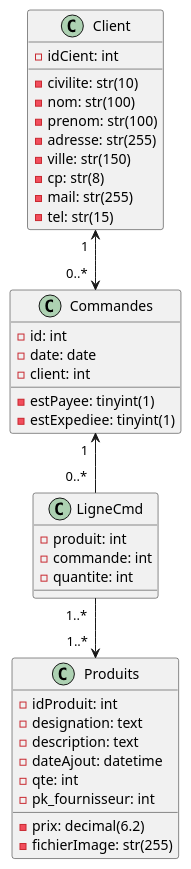
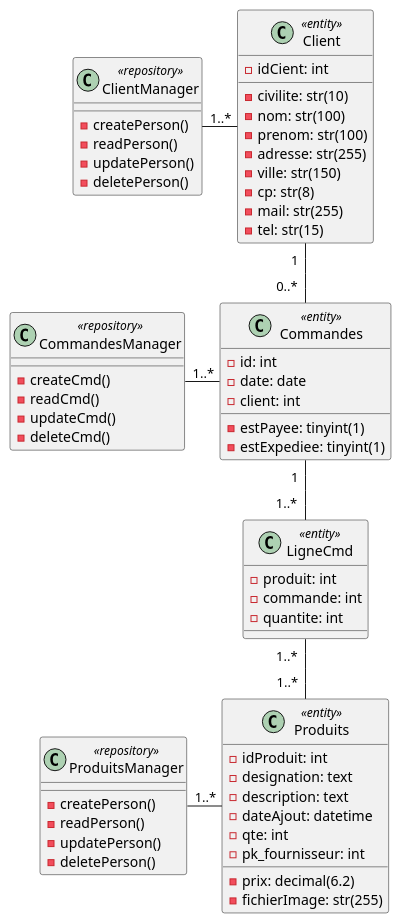
One commit to NathanDMT/CS-Project changed the diagram in Diagram.puml. Above: the diagram before and after it, drawn with PlantUML.

Commit message:
Update du Diagram : ajout des Managers

```diff
--- a/Diagram.puml
+++ b/Diagram.puml
@@ -1,42 +1,68 @@
 @startuml
-class Client {
-- idCient: int
-- civilite: str(10)
-- nom: str(100)
-- prenom: str(100)
-- adresse: str(255)
-- ville: str(150)
-- cp: str(8)
-- mail: str(255)
-- tel: str(15)
+class Client <<entity>> {
+    - idCient: int
+    - civilite: str(10)
+    - nom: str(100)
+    - prenom: str(100)
+    - adresse: str(255)
+    - ville: str(150)
+    - cp: str(8)
+    - mail: str(255)
+    - tel: str(15)
 }
 
-class Commandes {
-- id: int
-- date: date
-- estPayee: tinyint(1)
-- estExpediee: tinyint(1)
-- client: int
+class ClientManager <<repository>> {
+    - createPerson()
+    - readPerson()
+    - updatePerson()
+    - deletePerson()
 }
 
-class LigneCmd {
-- produit: int
-- commande: int
-- quantite: int
+class Commandes <<entity>> {
+    - id: int
+    - date: date
+    - estPayee: tinyint(1)
+    - estExpediee: tinyint(1)
+    - client: int
 }
 
-class Produits {
-- idProduit: int
-- designation: text
-- description: text
-- dateAjout: datetime
-- qte: int
-- prix: decimal(6.2)
-- fichierImage: str(255)
-- pk_fournisseur: int
+class CommandesManager <<repository>> {
+    - createCmd()
+    - readCmd()
+    - updateCmd()
+    - deleteCmd()
 }
 
-Client "1  " <--> "0..*  " Commandes
-Commandes "1  " <-- "0..*  " LigneCmd
-LigneCmd "1..*  " --> "1..*  " Produits
+class LigneCmd <<entity>> {
+    - produit: int
+    - commande: int
+    - quantite: int
+}
+
+class Produits <<entity>> {
+    - idProduit: int
+    - designation: text
+    - description: text
+    - dateAjout: datetime
+    - qte: int
+    - prix: decimal(6.2)
+    - fichierImage: str(255)
+    - pk_fournisseur: int
+}
+
+class ProduitsManager <<repository>> {
+    - createPerson()
+    - readPerson()
+    - updatePerson()
+    - deletePerson()
+}
+
+Client "1  " -- "0..*  " Commandes
+Commandes "1  " -- "1..*  " LigneCmd
+LigneCmd "1..*  " -- "1..*  " Produits
+
+ClientManager "1..*" - Client
+CommandesManager "1..*" - Commandes
+ProduitsManager "1..*" - Produits
+
 @enduml
```
